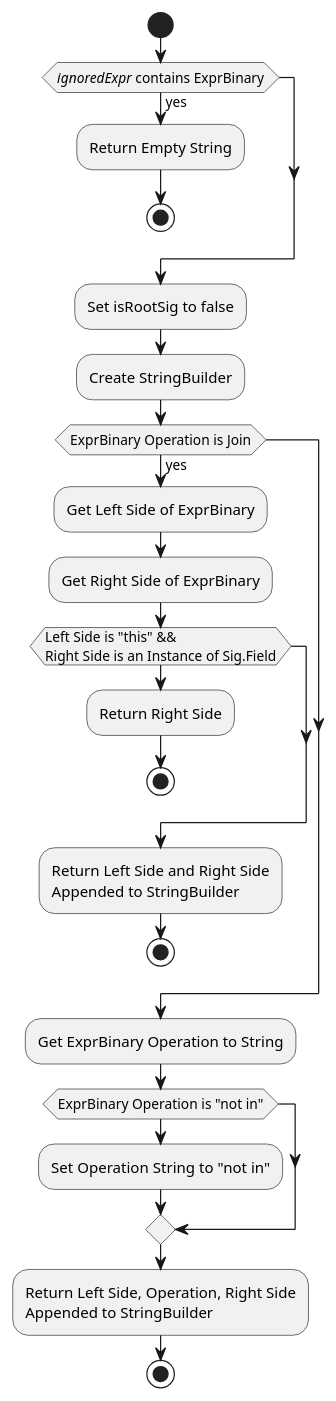
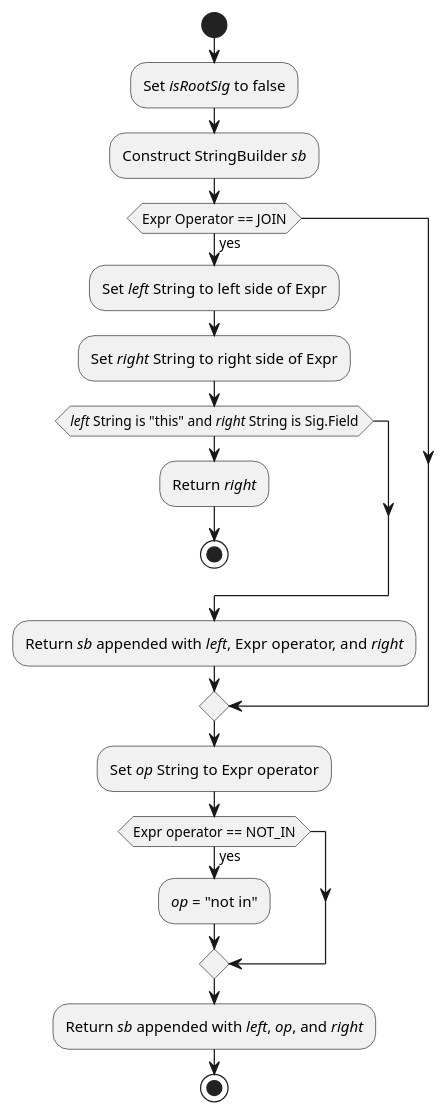
Before and after one commit to ontological-behavior-modeling/tester: the diagram in src/main/javadoc/edu/gatech/gtri/obm/alloy/translator/doc-files/ExprVisitor_visitExprBinary.puml, drawn with PlantUML. The commit also changed 12 other files, not shown here.

```diff
--- a/src/main/javadoc/edu/gatech/gtri/obm/alloy/translator/doc-files/ExprVisitor_visitExprBinary.puml
+++ b/src/main/javadoc/edu/gatech/gtri/obm/alloy/translator/doc-files/ExprVisitor_visitExprBinary.puml
@@ -1,28 +1,20 @@
 @startuml
 start
-if(//ignoredExpr// contains ExprBinary) then (yes)
-:Return Empty String;
-stop
+:Set //isRootSig// to false;
+:Construct StringBuilder //sb//;
+if (Expr Operator == JOIN) then (yes)
+	:Set //left// String to left side of Expr;
+	:Set //right// String to right side of Expr;
+	if(//left// String is "this" and //right// String is Sig.Field)
+		:Return //right//;
+		stop
+	endif
+	:Return //sb// appended with //left//, Expr operator, and //right//;
 endif
-:Set isRootSig to false;
-:Create StringBuilder;
-if(ExprBinary Operation is Join) then (yes)
-:Get Left Side of ExprBinary;
-:Get Right Side of ExprBinary;
-if (Left Side is "this" &&
-Right Side is an Instance of Sig.Field)
-:Return Right Side;
-stop
+:Set //op// String to Expr operator;
+if(Expr operator == NOT_IN) then (yes)
+	://op// = "not in";
 endif
-:Return Left Side and Right Side
-Appended to StringBuilder;
-stop
-endif
-:Get ExprBinary Operation to String;
-if(ExprBinary Operation is "not in")
-:Set Operation String to "not in";
-endif
-:Return Left Side, Operation, Right Side
-Appended to StringBuilder;
+:Return //sb// appended with //left//, //op//, and //right//;
 stop
 @enduml
```
